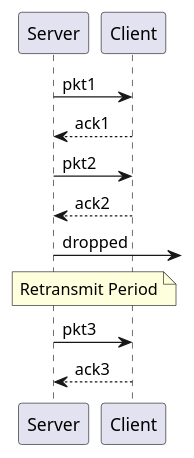
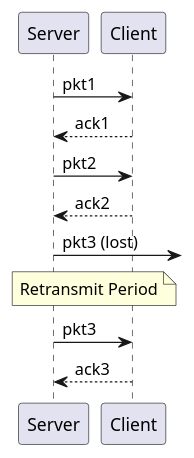
One commit to rigidus/rigidus.ru changed the diagram in org/doc/netproto.org. Above: the diagram before and after it, drawn with PlantUML. The commit also changed 1 other file, not shown here.

Commit message:
fix retransmit

```diff
--- a/org/doc/netproto.org
+++ b/org/doc/netproto.org
@@ -138,15 +138,14 @@
 #+BEGIN_SRC plantuml :file ../../img/netproto-04.png
 
 Server -> Client: pkt1
 Client --> Server: ack1
 Server -> Client: pkt2
 Client --> Server: ack2
-Server ->  : dropped
+Server ->  : pkt3 (lost)
 
 note over Client, Server: Retransmit Period
 
 Server -> Client : pkt3
 Client --> Server: ack3
 
-
 #+END_SRC
```
